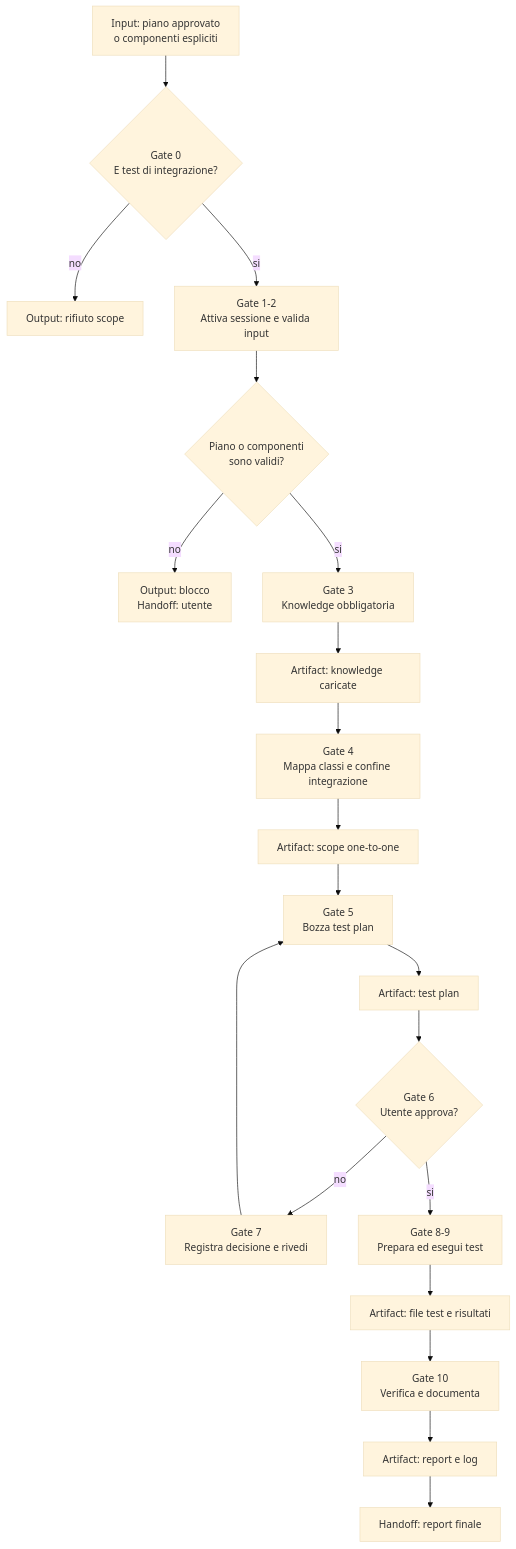
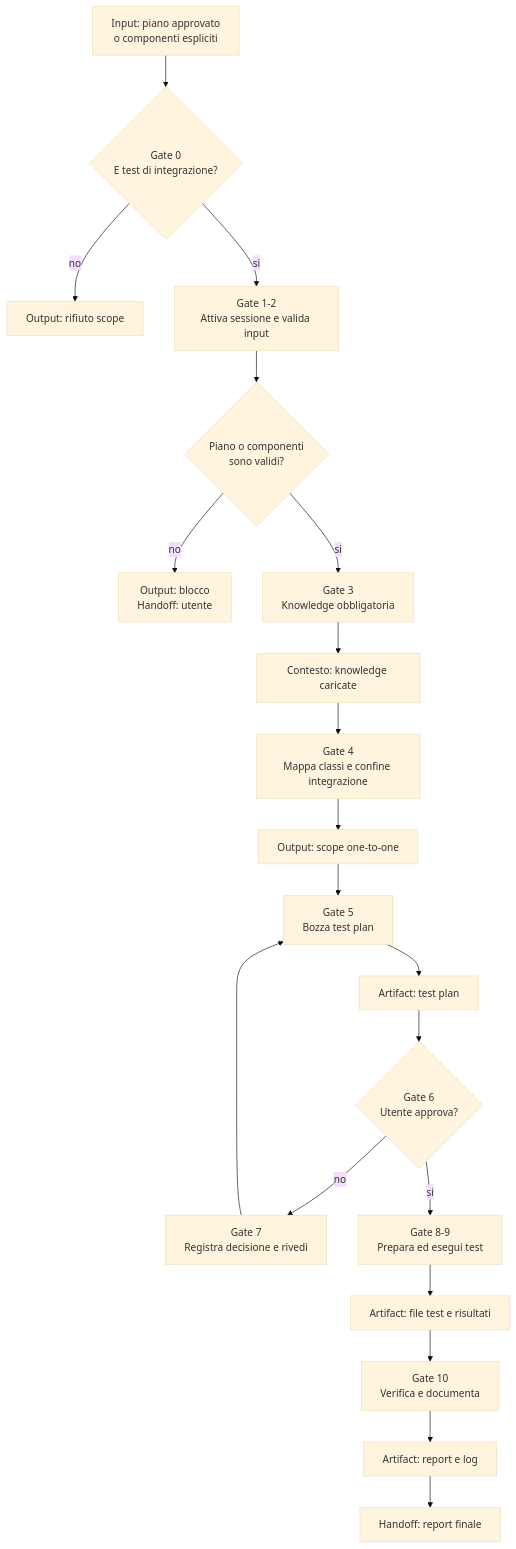
Before and after one commit to violabg/agentic-system-lessons: the diagram in role-maps/agents/integration-tester.md, drawn with Mermaid (base theme). The commit also changed 39 other files, not shown here.

````diff
--- a/role-maps/agents/integration-tester.md
+++ b/role-maps/agents/integration-tester.md
@@ -15,22 +15,22 @@
 ```mermaid
 flowchart TD
     Input[Input: piano approvato<br/>o componenti espliciti] --> G0{Gate 0<br/>E test di integrazione?}
     G0 -->|no| Refuse[Output: rifiuto scope]
     G0 -->|si| G1[Gate 1-2<br/>Attiva sessione e valida input]
     G1 --> Preconditions{Piano o componenti<br/>sono validi?}
     Preconditions -->|no| Block[Output: blocco<br/>Handoff: utente]
     Preconditions -->|si| G3[Gate 3<br/>Knowledge obbligatoria]
-    G3 --> Knowledge[Artifact: knowledge caricate]
+    G3 --> Knowledge[Contesto: knowledge caricate]
     Knowledge --> G4[Gate 4<br/>Mappa classi e confine integrazione]
-    G4 --> Scope[Artifact: scope one-to-one]
+    G4 --> Scope[Output: scope one-to-one]
     Scope --> G5[Gate 5<br/>Bozza test plan]
     G5 --> Draft[Artifact: test plan]
     Draft --> G6{Gate 6<br/>Utente approva?}
     G6 -->|no| G7[Gate 7<br/>Registra decisione e rivedi]
     G7 --> G5
     G6 -->|si| G8[Gate 8-9<br/>Prepara ed esegui test]
     G8 --> Tests[Artifact: file test e risultati]
     Tests --> G10[Gate 10<br/>Verifica e documenta]
     G10 --> Report[Artifact: report e log]
     Report --> G11[Handoff: report finale]
 ```
````
